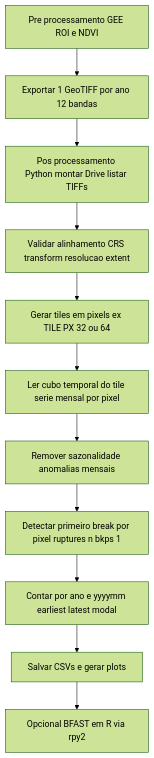
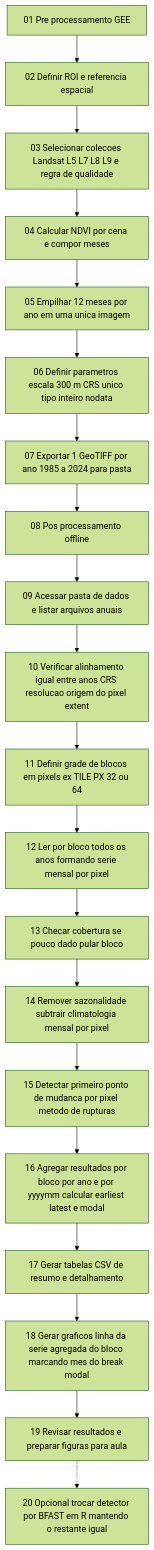
The diagram in README.md (CheilaBaiao/GEE_SR), drawn with Mermaid (forest theme) before and after one commit.

````diff
--- a/README.md
+++ b/README.md
@@ -1,13 +1,23 @@
 ```mermaid
 graph TD
-  A[Pre processamento GEE ROI e NDVI] --> B[Exportar 1 GeoTIFF por ano 12 bandas]
-  B --> C[Pos processamento Python montar Drive listar TIFFs]
-  C --> D[Validar alinhamento CRS transform resolucao extent]
-  D --> E[Gerar tiles em pixels ex TILE PX 32 ou 64]
-  E --> F[Ler cubo temporal do tile serie mensal por pixel]
-  F --> G[Remover sazonalidade anomalias mensais]
-  G --> H[Detectar primeiro break por pixel ruptures n bkps 1]
-  H --> I[Contar por ano e yyyymm earliest latest modal]
-  I --> J[Salvar CSVs e gerar plots]
-  J --> K[Opcional BFAST em R via rpy2]
+  A00[01 Pre processamento GEE] --> A01[02 Definir ROI e referencia espacial]
+  A01 --> A02[03 Selecionar colecoes Landsat L5 L7 L8 L9 e regra de qualidade]
+  A02 --> A03[04 Calcular NDVI por cena e compor meses]
+  A03 --> A04[05 Empilhar 12 meses por ano em uma unica imagem]
+  A04 --> A05[06 Definir parametros escala 300 m CRS unico tipo inteiro nodata]
+  A05 --> A06[07 Exportar 1 GeoTIFF por ano 1985 a 2024 para pasta]
+  A06 --> B00[08 Pos processamento offline]
+
+  B00[08 Pos processamento offline] --> B01[09 Acessar pasta de dados e listar arquivos anuais]
+  B01 --> B02[10 Verificar alinhamento igual entre anos CRS resolucao origem do pixel extent]
+  B02 --> B03[11 Definir grade de blocos em pixels ex TILE PX 32 ou 64]
+  B03 --> B04[12 Ler por bloco todos os anos formando serie mensal por pixel]
+  B04 --> B05[13 Checar cobertura se pouco dado pular bloco]
+  B05 --> B06[14 Remover sazonalidade subtrair climatologia mensal por pixel]
+  B06 --> B07[15 Detectar primeiro ponto de mudanca por pixel metodo de rupturas]
+  B07 --> B08[16 Agregar resultados por bloco por ano e por yyyymm calcular earliest latest e modal]
+  B08 --> B09[17 Gerar tabelas CSV de resumo e detalhamento]
+  B09 --> B10[18 Gerar graficos linha da serie agregada do bloco marcando mes do break modal]
+  B10 --> B11[19 Revisar resultados e preparar figuras para aula]
+  B11 -.-> C00[20 Opcional trocar detector por BFAST em R mantendo o restante igual]
 ```
````
